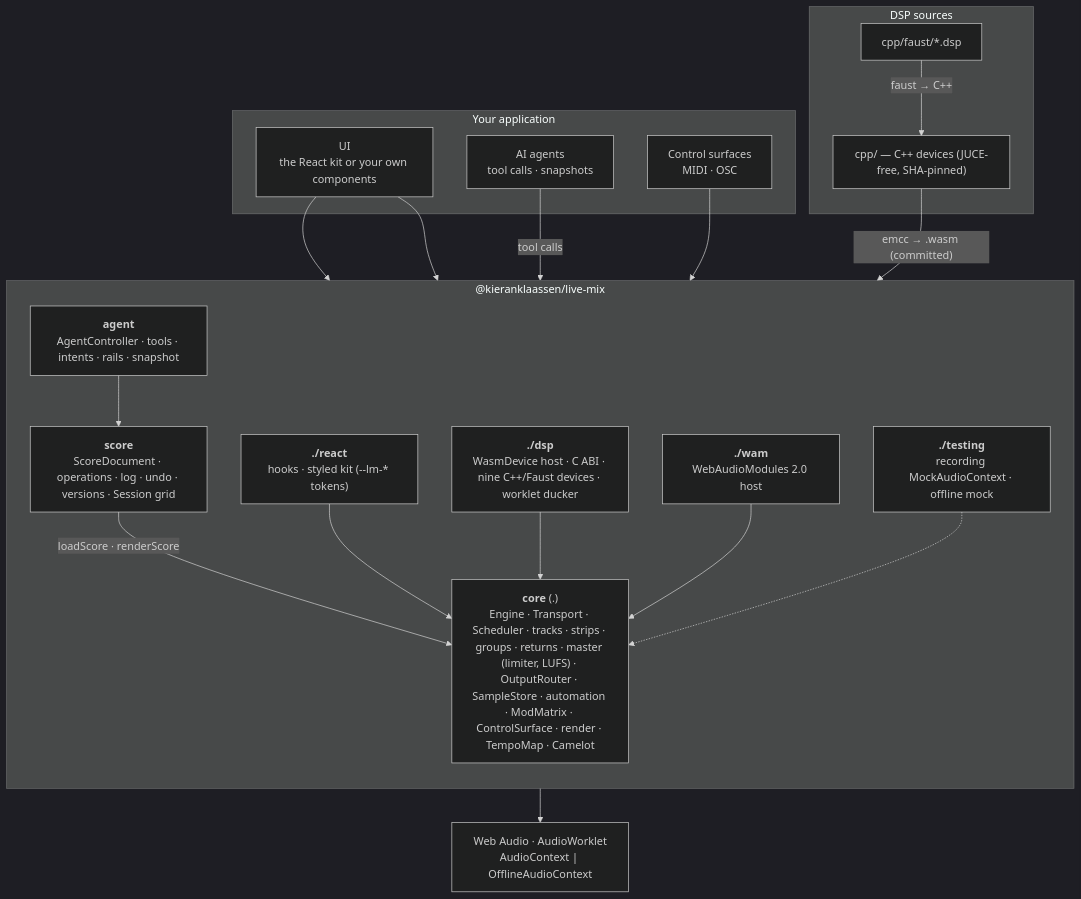
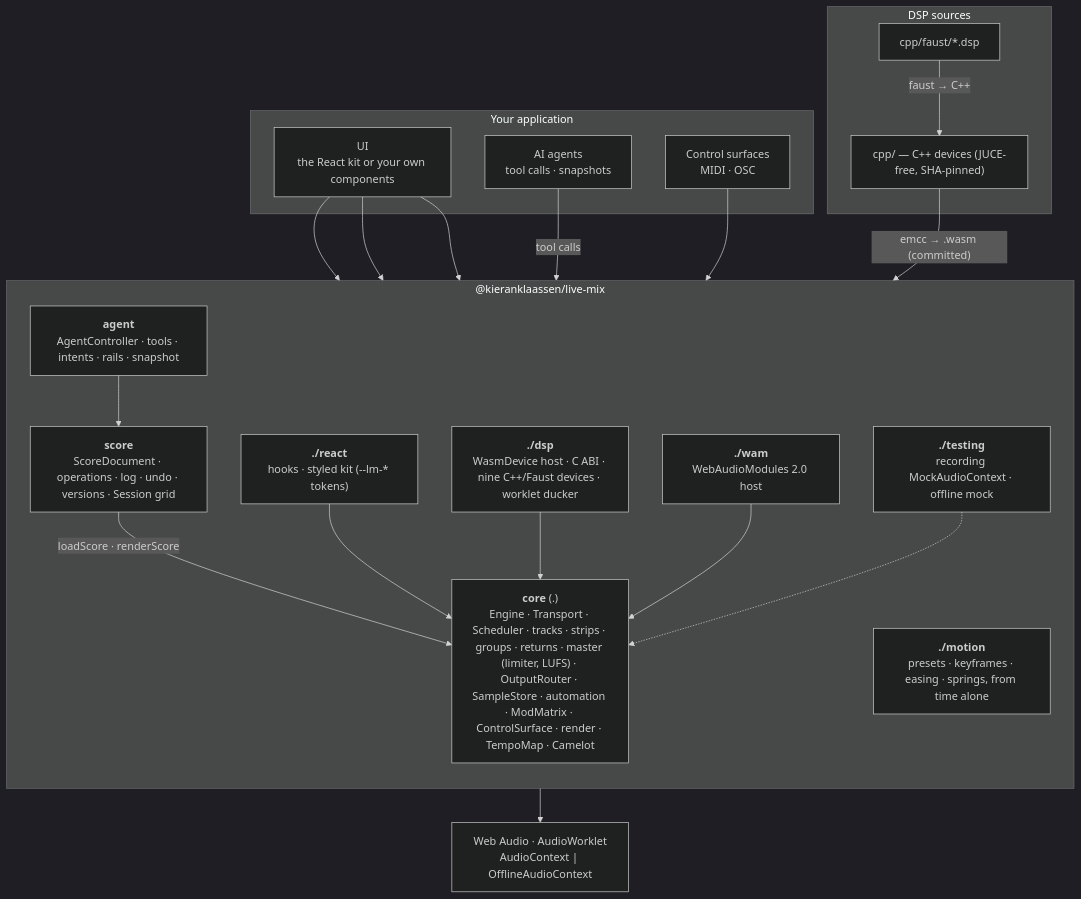
One commit to kieranklaassen/live-mix changed the diagram in README.md. Above: the diagram before and after it, drawn with Mermaid (dark theme). The commit also changed other lines of this file and 33 other files, not shown here.

````diff
--- a/README.md
+++ b/README.md
@@ -425,35 +471,37 @@
 ```mermaid
 flowchart TB
   subgraph app["Your application"]
     UI["UI<br/>the React kit or your own components"]
     LLM["AI agents<br/>tool calls · snapshots"]
     HW["Control surfaces<br/>MIDI · OSC"]
   end
   subgraph lib["@kieranklaassen/live-mix"]
     direction TB
     REACT["<b>./react</b><br/>hooks · styled kit (--lm-* tokens)"]
     AGENT["<b>agent</b><br/>AgentController · tools · intents · rails · snapshot"]
     SCORE["<b>score</b><br/>ScoreDocument · operations · log · undo · versions · Session grid"]
     CORE["<b>core</b> (.)<br/>Engine · Transport · Scheduler · tracks · strips · groups · returns · master (limiter, LUFS) · OutputRouter · SampleStore · automation · ModMatrix · ControlSurface · render · TempoMap · Camelot"]
     DSP["<b>./dsp</b><br/>WasmDevice host · C ABI · nine C++/Faust devices · worklet ducker"]
     WAM["<b>./wam</b><br/>WebAudioModules 2.0 host"]
+    MOTION["<b>./motion</b><br/>presets · keyframes · easing · springs, from time alone"]
     TEST["<b>./testing</b><br/>recording MockAudioContext · offline mock"]
   end
   subgraph dsp["DSP sources"]
     CPP["cpp/ — C++ devices (JUCE-free, SHA-pinned)"]
     FAUST["cpp/faust/*.dsp"]
   end
   UI --> REACT
   UI --> CORE
+  UI --> MOTION
   LLM -->|"tool calls"| AGENT
   HW --> CORE
   AGENT --> SCORE
   SCORE -->|"loadScore · renderScore"| CORE
   REACT --> CORE
   DSP --> CORE
   WAM --> CORE
   TEST -.-> CORE
   CPP -->|"emcc → .wasm (committed)"| DSP
   FAUST -->|"faust → C++"| CPP
   CORE --> WA["Web Audio · AudioWorklet<br/>AudioContext | OfflineAudioContext"]
 ```
````
